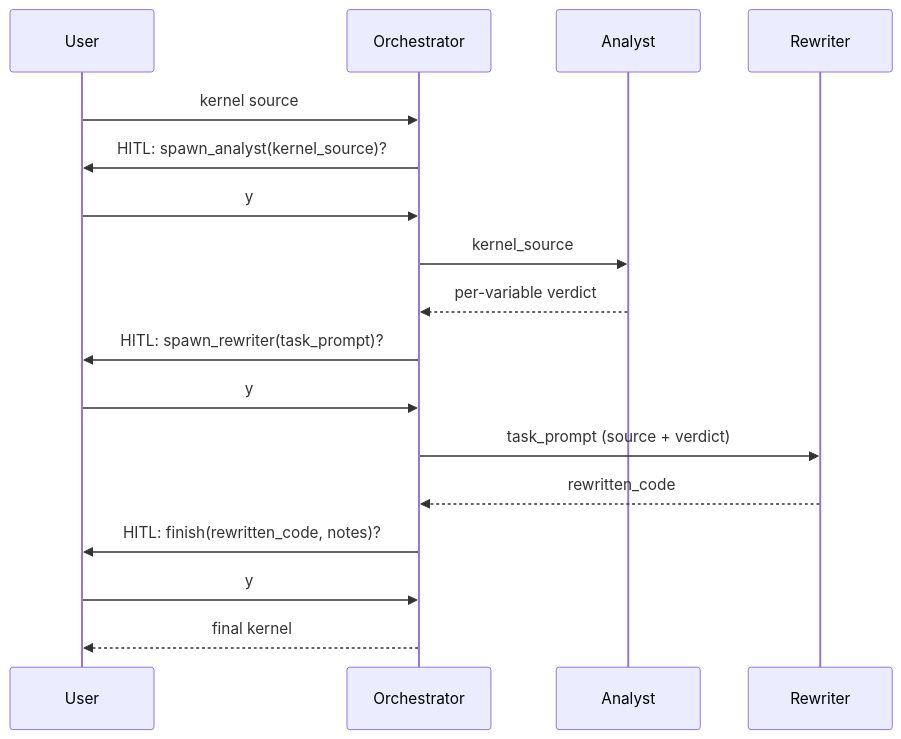
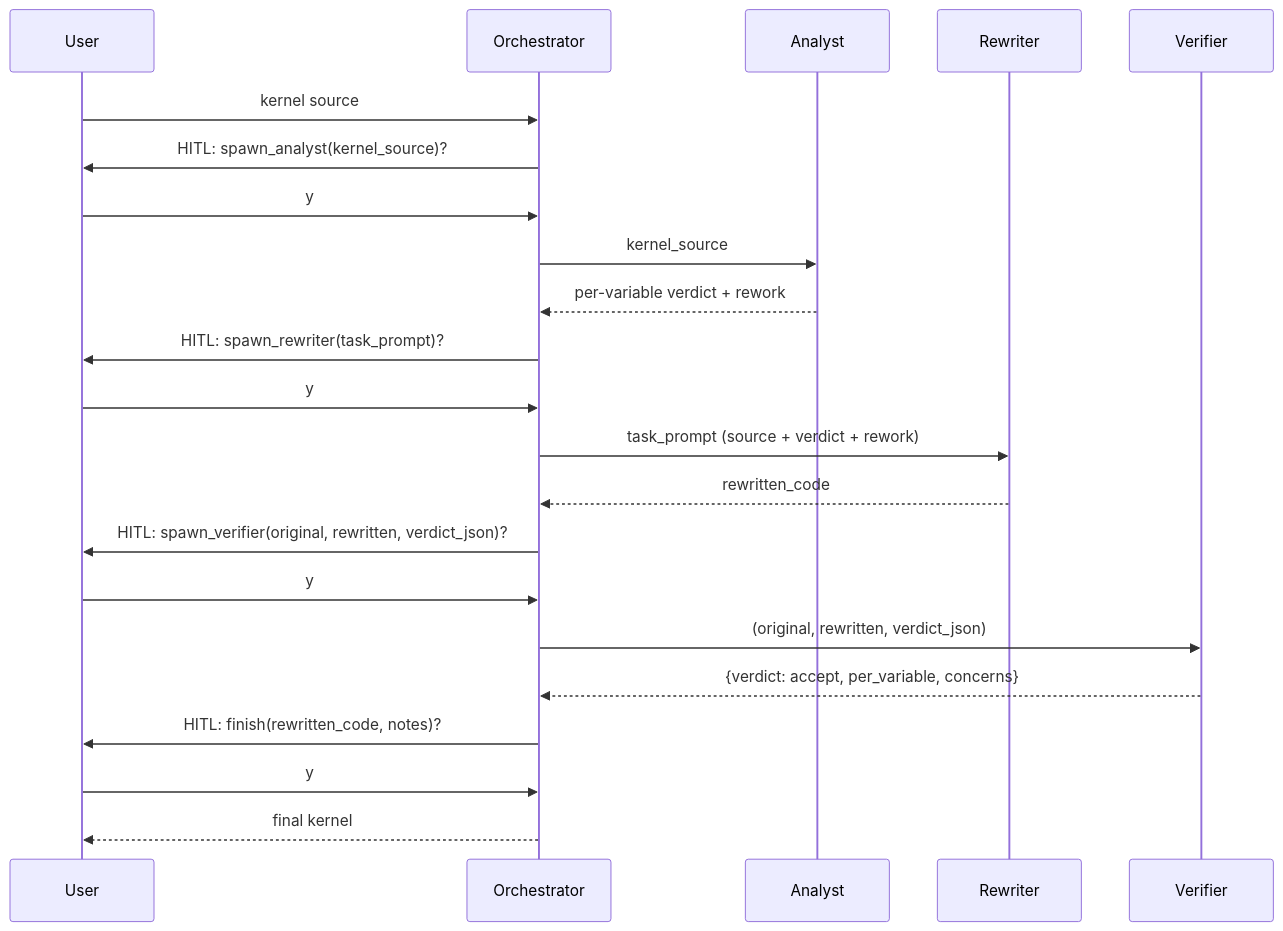
Before and after one commit to kmeag-duck/Agent-Precision: the second of 2 diagrams in README.md, drawn with Mermaid. The commit also changed other lines of this file and 6 other files, not shown here.

````diff
--- a/README.md
+++ b/README.md
@@ -97,19 +112,24 @@
 ```mermaid
 sequenceDiagram
   participant User
   participant Orch as Orchestrator
   participant An as Analyst
   participant Rw as Rewriter
+  participant Vf as Verifier
   User->>Orch: kernel source
   Orch->>User: HITL: spawn_analyst(kernel_source)?
   User->>Orch: y
   Orch->>An: kernel_source
-  An-->>Orch: per-variable verdict
+  An-->>Orch: per-variable verdict + rework
   Orch->>User: HITL: spawn_rewriter(task_prompt)?
   User->>Orch: y
-  Orch->>Rw: task_prompt (source + verdict)
+  Orch->>Rw: task_prompt (source + verdict + rework)
   Rw-->>Orch: rewritten_code
+  Orch->>User: HITL: spawn_verifier(original, rewritten, verdict_json)?
+  User->>Orch: y
+  Orch->>Vf: (original, rewritten, verdict_json)
+  Vf-->>Orch: {verdict: accept, per_variable, concerns}
   Orch->>User: HITL: finish(rewritten_code, notes)?
   User->>Orch: y
   Orch-->>User: final kernel
 ```
````
